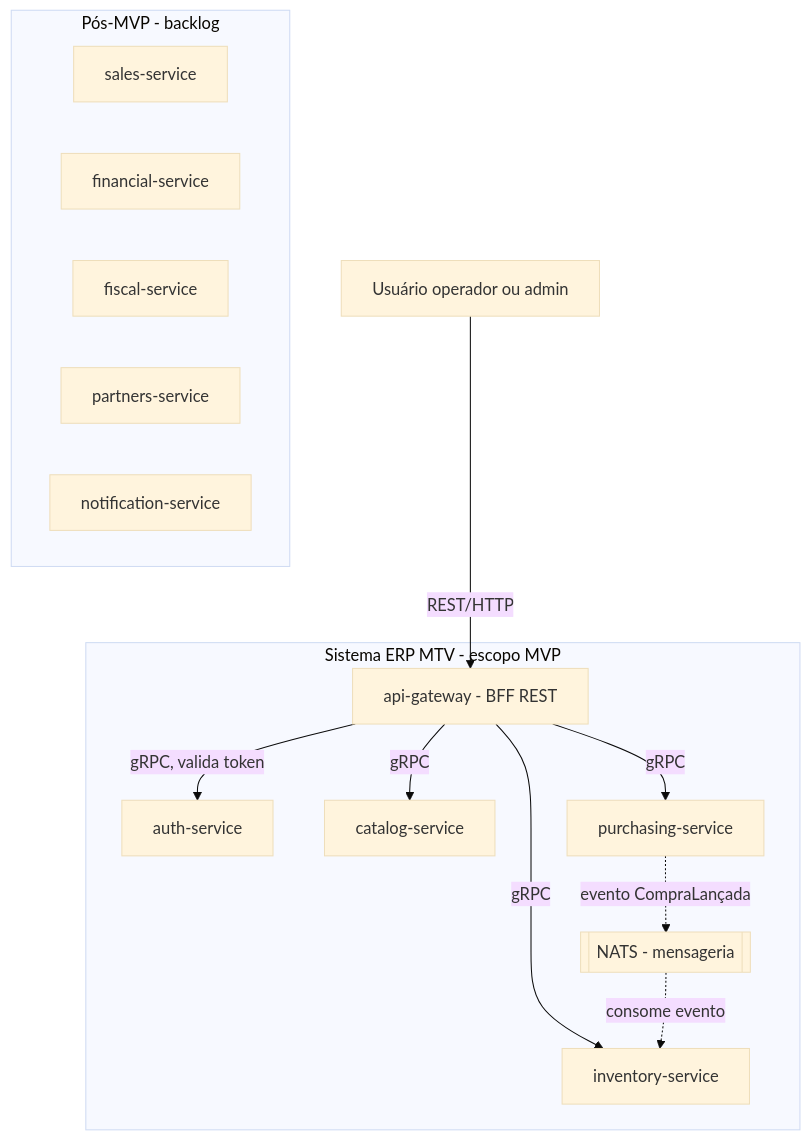
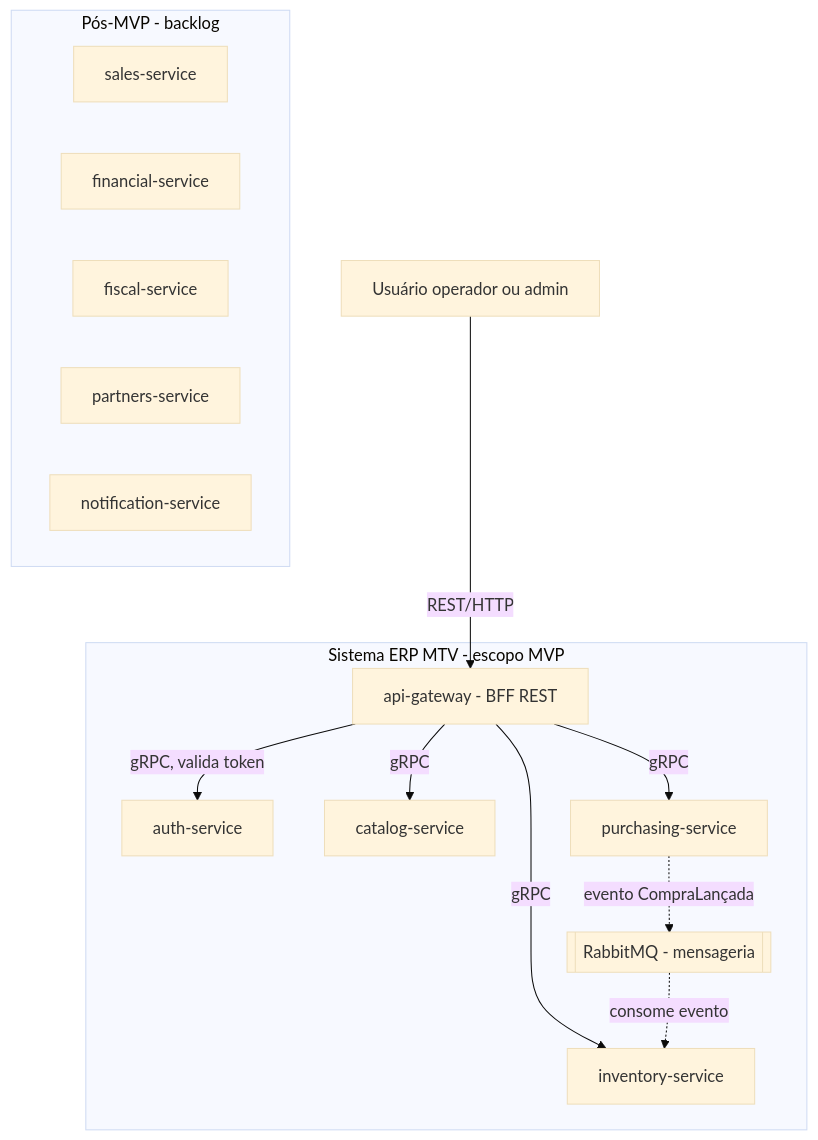
One commit to tiagogdella/MTV-ERP-GOLANG changed the diagram in docs/contexto-c4.md. Above: the diagram before and after it, drawn with Mermaid (base theme). The commit also changed other lines of this file and 4 other files, not shown here.

First line of the commit message:
docs: substitui NATS por RabbitMQ na mensageria (ADR-0009)

````diff
--- a/docs/contexto-c4.md
+++ b/docs/contexto-c4.md
@@ -5,29 +5,29 @@
 ```mermaid
 flowchart TB
     U[Usuário operador ou admin]
 
     subgraph SistemaERP[Sistema ERP MTV - escopo MVP]
         GW[api-gateway - BFF REST]
         AUTH[auth-service]
         CAT[catalog-service]
         PUR[purchasing-service]
         INV[inventory-service]
-        NATS[[NATS - mensageria]]
+        MQ[[RabbitMQ - mensageria]]
     end
 
     subgraph PosMVP[Pós-MVP - backlog]
         SALES[sales-service]
         FIN[financial-service]
         FISCAL[fiscal-service]
         PART[partners-service]
         NOTIF[notification-service]
     end
 
     U -- REST/HTTP --> GW
     GW -- gRPC, valida token --> AUTH
     GW -- gRPC --> CAT
     GW -- gRPC --> PUR
     GW -- gRPC --> INV
-    PUR -. evento CompraLançada .-> NATS
-    NATS -. consome evento .-> INV
+    PUR -. evento CompraLançada .-> MQ
+    MQ -. consome evento .-> INV
 ```
````
